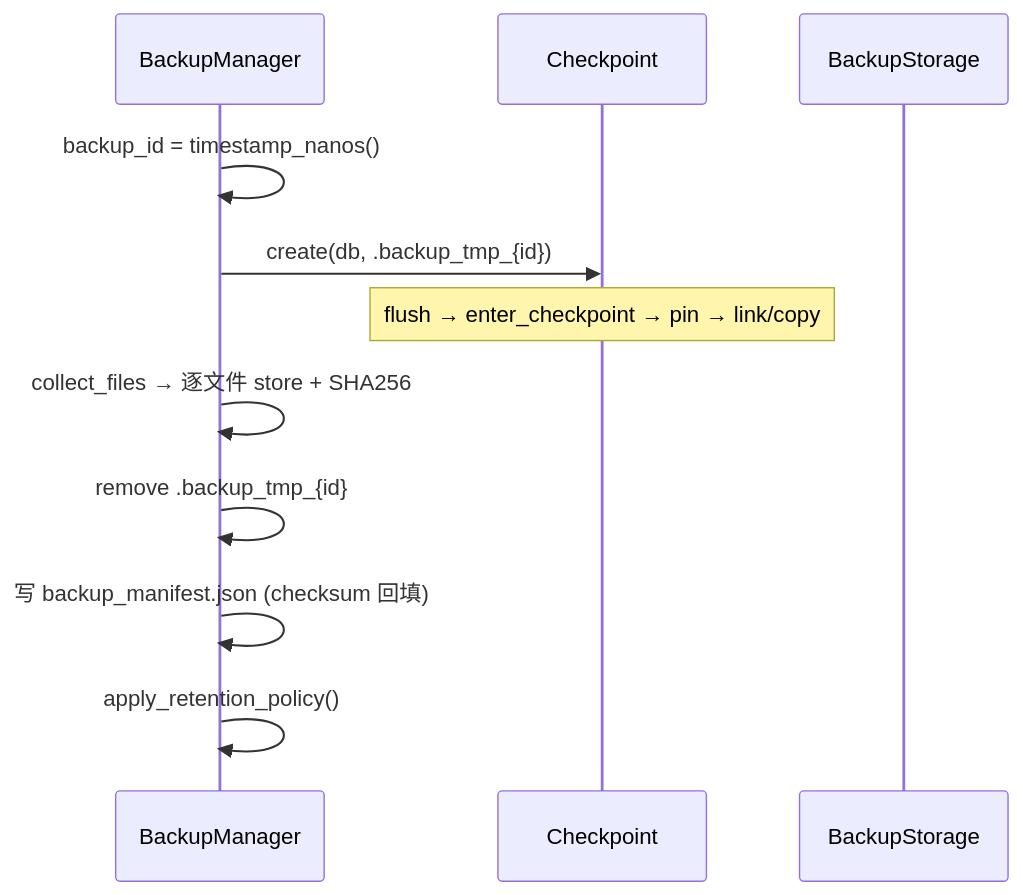
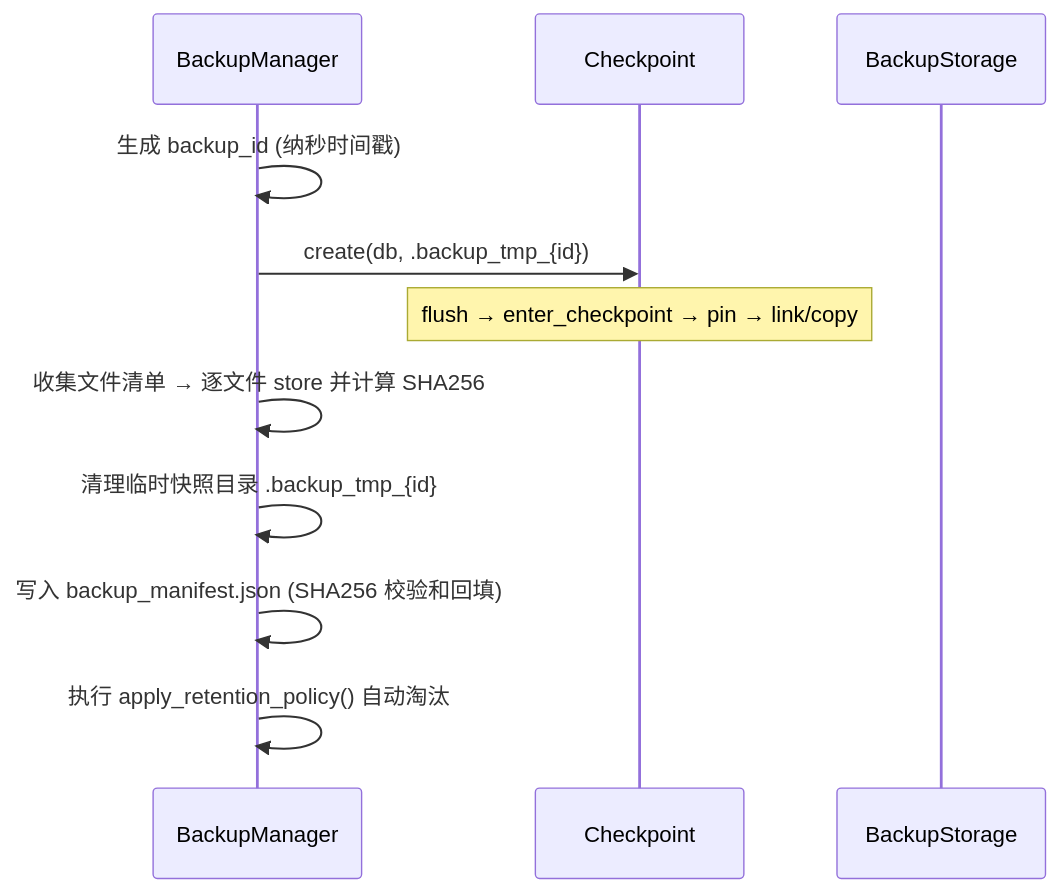
One commit to Genuineh/AiDb changed the first of 2 diagrams in docs/modules/04-backup.md. Above: the diagram before and after it, drawn with Mermaid. The commit also changed other lines of this file and 15 other files, not shown here.

````diff
--- a/docs/modules/04-backup.md
+++ b/docs/modules/04-backup.md
@@ -57,14 +54,14 @@
 ```mermaid
 sequenceDiagram
     participant M as BackupManager
     participant C as Checkpoint
     participant S as BackupStorage
 
-    M->>M: backup_id = timestamp_nanos()
+    M->>M: 生成 backup_id (纳秒时间戳)
     M->>C: create(db, .backup_tmp_{id})
     Note over C: flush → enter_checkpoint → pin → link/copy
-    M->>M: collect_files → 逐文件 store + SHA256
-    M->>M: remove .backup_tmp_{id}
-    M->>M: 写 backup_manifest.json (checksum 回填)
-    M->>M: apply_retention_policy()
+    M->>M: 收集文件清单 → 逐文件 store 并计算 SHA256
+    M->>M: 清理临时快照目录 .backup_tmp_{id}
+    M->>M: 写入 backup_manifest.json (SHA256 校验和回填)
+    M->>M: 执行 apply_retention_policy() 自动淘汰
 ```
````
